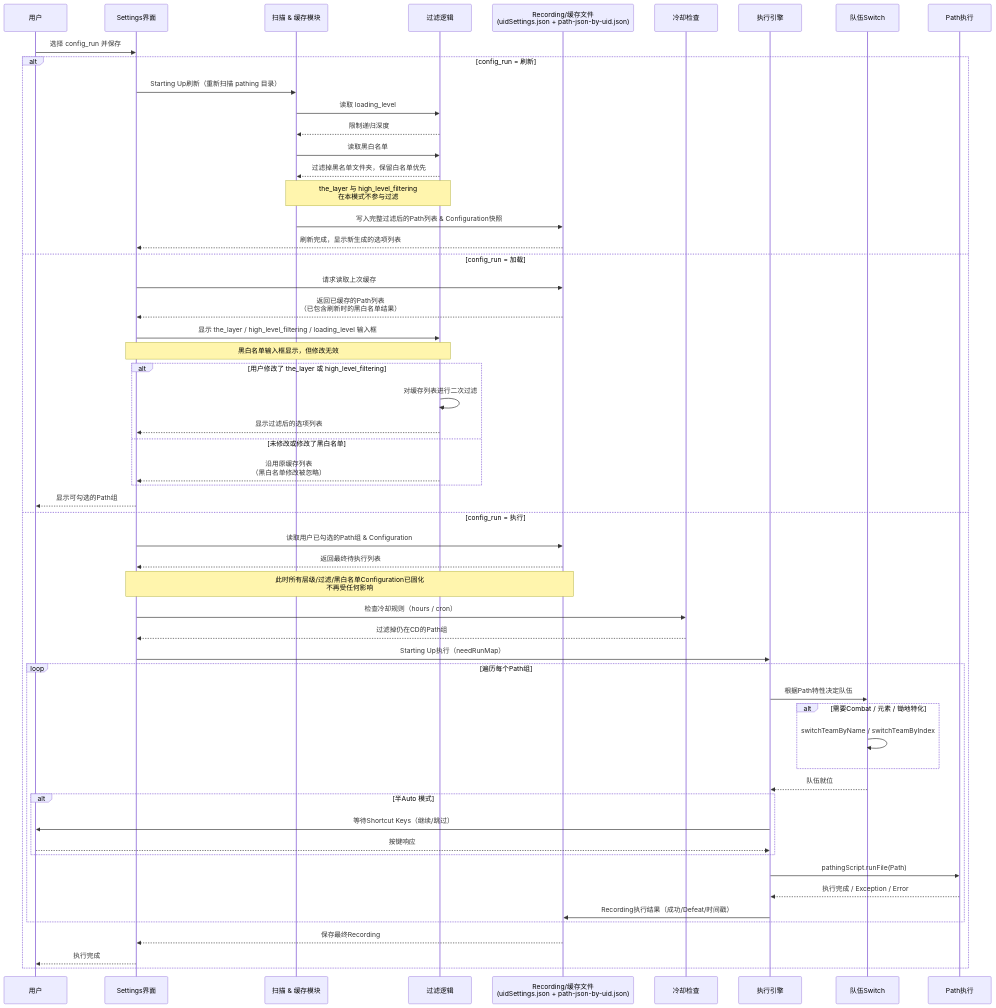
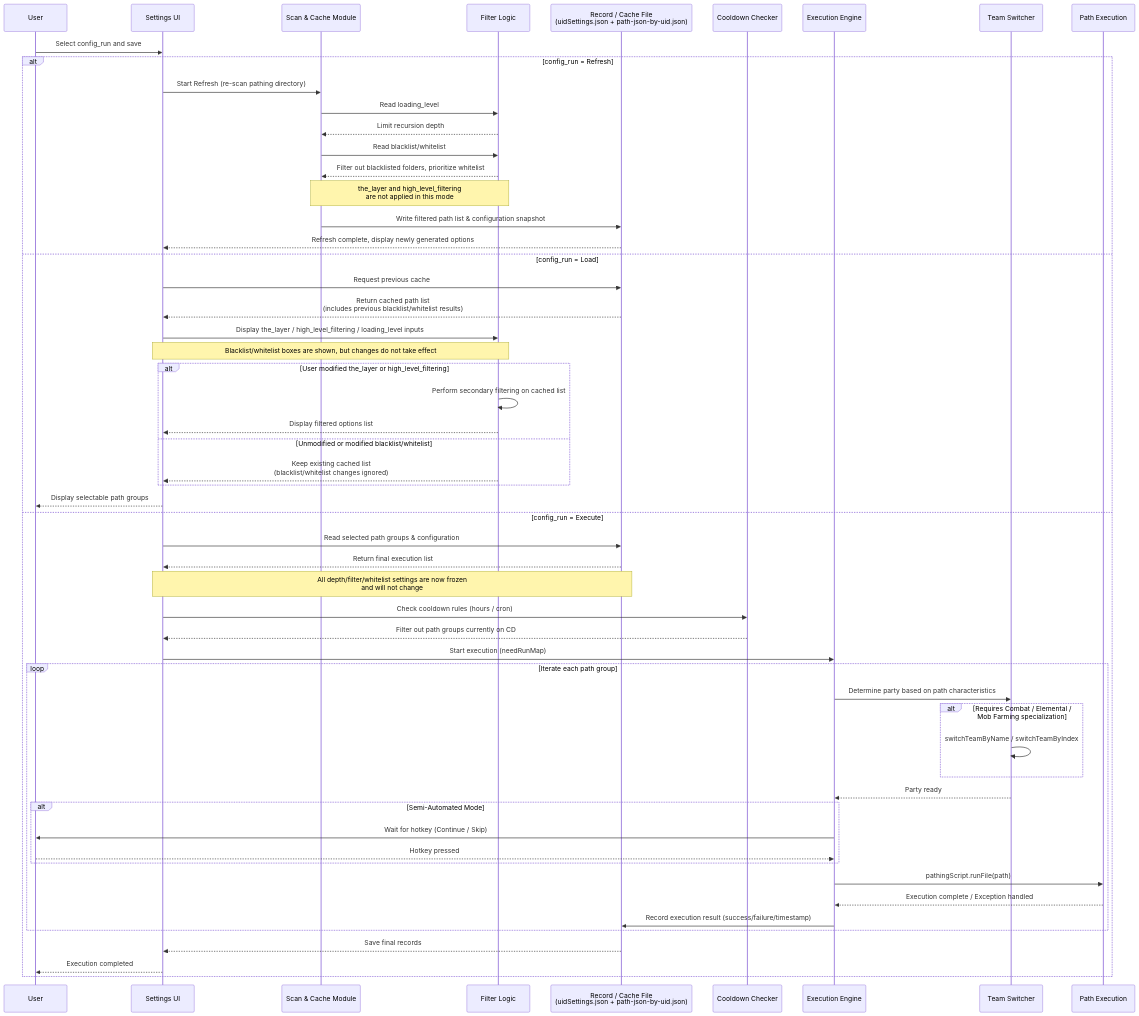
Before and after one commit to krammarkro/bettergi-scripts-list-en: the second of 2 diagrams in repo/js/FullyAutoAndSemiAutoTools/README.md, drawn with Mermaid. The commit also changed other lines of this file and 91 other files, not shown here.

````diff
--- a/repo/js/FullyAutoAndSemiAutoTools/README.md
+++ b/repo/js/FullyAutoAndSemiAutoTools/README.md
@@ -143,60 +144,60 @@
 ```mermaid
 sequenceDiagram
-  participant U as 用户
-  participant UI as Settings界面
-  participant S as 扫描 & 缓存模块
-  participant F as 过滤逻辑
-  participant R as Recording/缓存文件<br>(uidSettings.json + path-json-by-uid.json)
-  participant CD as 冷却检查
-  participant E as 执行引擎
-  participant T as 队伍Switch
-  participant P as Path执行
+  participant U as User
+  participant UI as Settings UI
+  participant S as Scan & Cache Module
+  participant F as Filter Logic
+  participant R as Record / Cache File<br>(uidSettings.json + path-json-by-uid.json)
+  participant CD as Cooldown Checker
+  participant E as Execution Engine
+  participant T as Team Switcher
+  participant P as Path Execution
 
-  U->>UI: 选择 config_run 并保存
+  U->>UI: Select config_run and save
 
-  alt config_run = 刷新
-    UI->>S: Starting Up刷新（重新扫描 pathing 目录）
-    S->>F: 读取 loading_level
-    F-->>S: 限制递归深度
-    S->>F: 读取黑白名单
-    F-->>S: 过滤掉黑名单文件夹，保留白名单优先
-    Note over S,F: the_layer 与 high_level_filtering<br>在本模式不参与过滤
-    S->>R: 写入完整过滤后的Path列表 & Configuration快照
-    R-->>UI: 刷新完成，显示新生成的选项列表
-  else config_run = 加载
-    UI->>R: 请求读取上次缓存
-    R-->>UI: 返回已缓存的Path列表<br>（已包含刷新时的黑白名单结果）
-    UI->>F: 显示 the_layer / high_level_filtering / loading_level 输入框
-    Note over UI,F: 黑白名单输入框显示，但修改无效
-    alt 用户修改了 the_layer 或 high_level_filtering
-      F->>F: 对缓存列表进行二次过滤
-      F-->>UI: 显示过滤后的选项列表
-    else 未修改或修改了黑白名单
-      F-->>UI: 沿用原缓存列表<br>（黑白名单修改被忽略）
+  alt config_run = Refresh
+    UI->>S: Start Refresh (re-scan pathing directory)
+    S->>F: Read loading_level
+    F-->>S: Limit recursion depth
+    S->>F: Read blacklist/whitelist
+    F-->>S: Filter out blacklisted folders, prioritize whitelist
+    Note over S,F: the_layer and high_level_filtering<br>are not applied in this mode
+    S->>R: Write filtered path list & configuration snapshot
+    R-->>UI: Refresh complete, display newly generated options
+  else config_run = Load
+    UI->>R: Request previous cache
+    R-->>UI: Return cached path list<br>(includes previous blacklist/whitelist results)
+    UI->>F: Display the_layer / high_level_filtering / loading_level inputs
+    Note over UI,F: Blacklist/whitelist boxes are shown, but changes do not take effect
+    alt User modified the_layer or high_level_filtering
+      F->>F: Perform secondary filtering on cached list
+      F-->>UI: Display filtered options list
+    else Unmodified or modified blacklist/whitelist
+      F-->>UI: Keep existing cached list<br>(blacklist/whitelist changes ignored)
     end
-    UI-->>U: 显示可勾选的Path组
-  else config_run = 执行
-    UI->>R: 读取用户已勾选的Path组 & Configuration
-    R-->>UI: 返回最终待执行列表
-    Note over UI,R: 此时所有层级/过滤/黑白名单Configuration已固化<br>不再受任何影响
-    UI->>CD: 检查冷却规则（hours / cron）
-    CD-->>UI: 过滤掉仍在CD的Path组
-    UI->>E: Starting Up执行（needRunMap）
-    loop 遍历每个Path组
-      E->>T: 根据Path特性决定队伍
-      alt 需要Combat / 元素 / 锄地特化
+    UI-->>U: Display selectable path groups
+  else config_run = Execute
+    UI->>R: Read selected path groups & configuration
+    R-->>UI: Return final execution list
+    Note over UI,R: All depth/filter/whitelist settings are now frozen<br>and will not change
+    UI->>CD: Check cooldown rules (hours / cron)
+    CD-->>UI: Filter out path groups currently on CD
+    UI->>E: Start execution (needRunMap)
+    loop Iterate each path group
+      E->>T: Determine party based on path characteristics
+      alt Requires Combat / Elemental / Mob Farming specialization
         T->>T: switchTeamByName / switchTeamByIndex
       end
-      T-->>E: 队伍就位
-      alt 半Auto 模式
-        E->>U: 等待Shortcut Keys（继续/跳过）
-        U-->>E: 按键响应
+      T-->>E: Party ready
+      alt Semi-Automated Mode
+        E->>U: Wait for hotkey (Continue / Skip)
+        U-->>E: Hotkey pressed
       end
-      E->>P: pathingScript.runFile(Path)
-      P-->>E: 执行完成 / Exception / Error
-      E->>R: Recording执行结果（成功/Defeat/时间戳）
+      E->>P: pathingScript.runFile(path)
+      P-->>E: Execution complete / Exception handled
+      E->>R: Record execution result (success/failure/timestamp)
     end
-    R-->>UI: 保存最终Recording
-    UI-->>U: 执行完成
+    R-->>UI: Save final records
+    UI-->>U: Execution completed
   end
 ```
````
